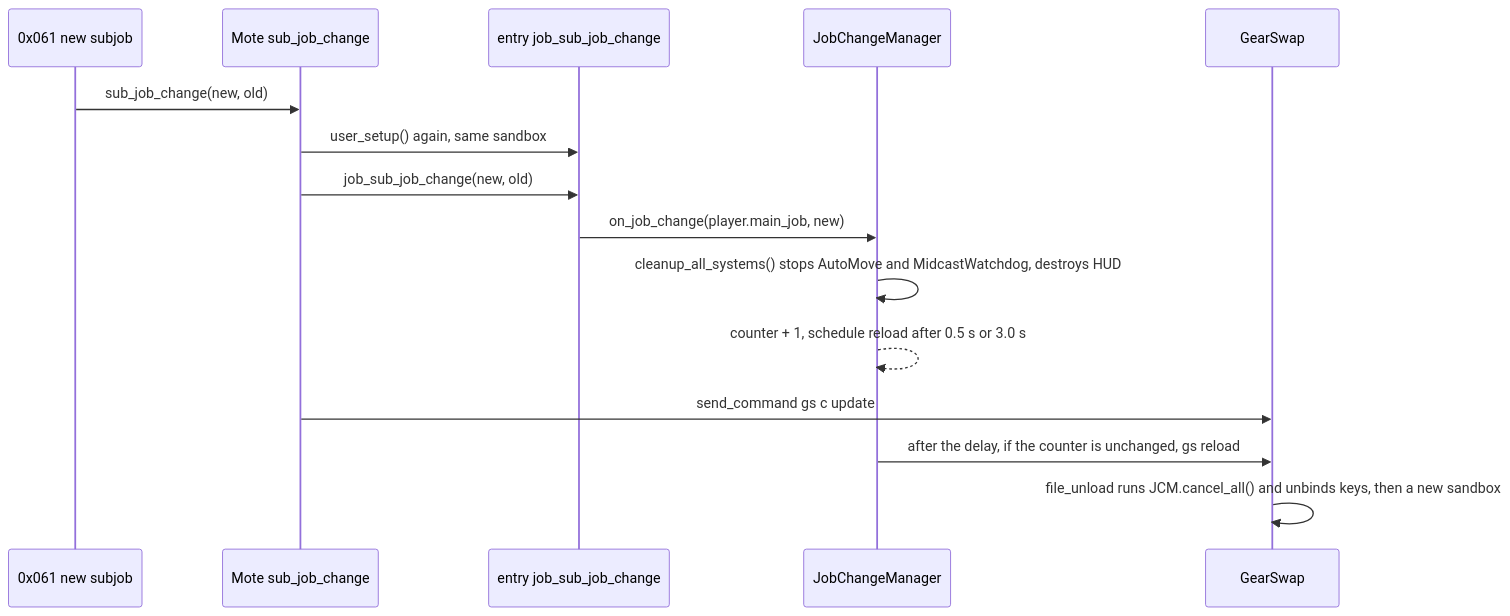
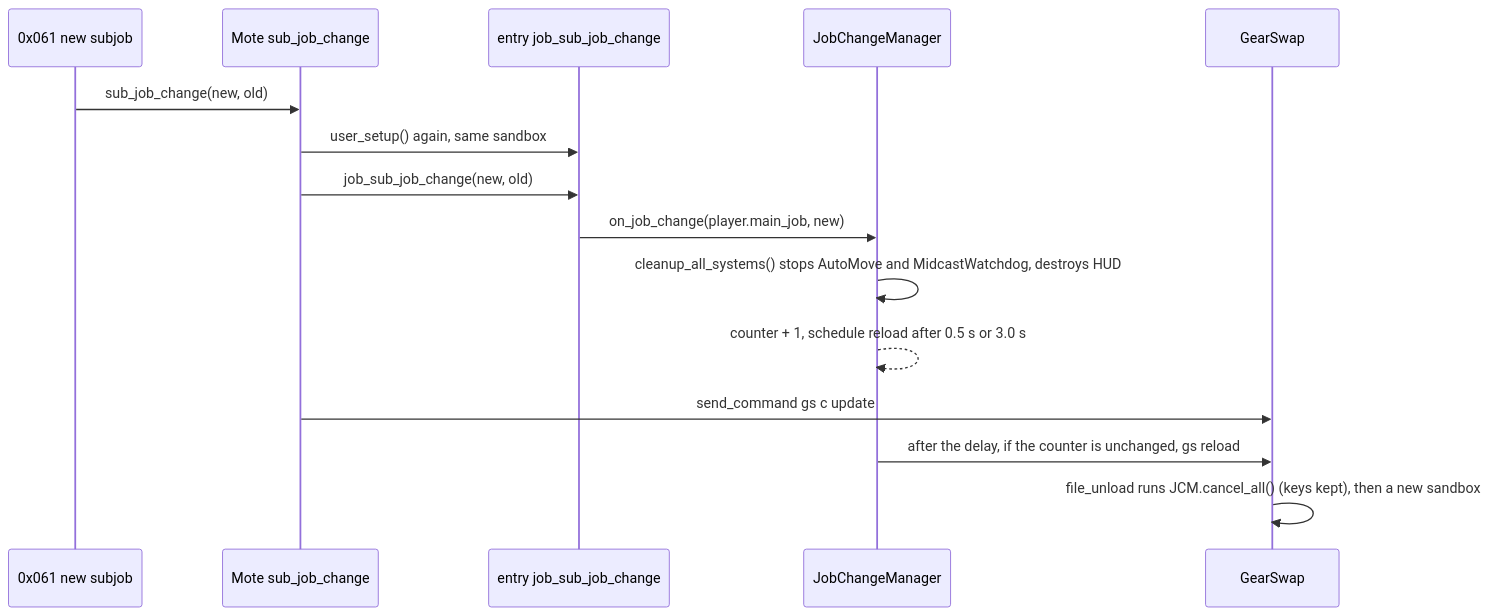
The third of 4 diagrams in docs/dev/systems/core-lifecycle.md (ejouanchicot/Gearswap), drawn with Mermaid before and after one commit. The commit also changed other lines of this file and 33 other files, not shown here.

````diff
--- a/docs/dev/systems/core-lifecycle.md
+++ b/docs/dev/systems/core-lifecycle.md
@@ -230,17 +230,17 @@
 ```mermaid
 sequenceDiagram
     participant Srv as 0x061 new subjob
     participant Mote as Mote sub_job_change
     participant Entry as entry job_sub_job_change
     participant JCM as JobChangeManager
     participant GS as GearSwap
     Srv->>Mote: sub_job_change(new, old)
     Mote->>Entry: user_setup() again, same sandbox
     Mote->>Entry: job_sub_job_change(new, old)
     Entry->>JCM: on_job_change(player.main_job, new)
     JCM->>JCM: cleanup_all_systems() stops AutoMove and MidcastWatchdog, destroys HUD
     JCM-->>JCM: counter + 1, schedule reload after 0.5 s or 3.0 s
     Mote->>GS: send_command gs c update
     JCM->>GS: after the delay, if the counter is unchanged, gs reload
-    GS->>GS: file_unload runs JCM.cancel_all() and unbinds keys, then a new sandbox
+    GS->>GS: file_unload runs JCM.cancel_all() (keys kept), then a new sandbox
 ```
````
